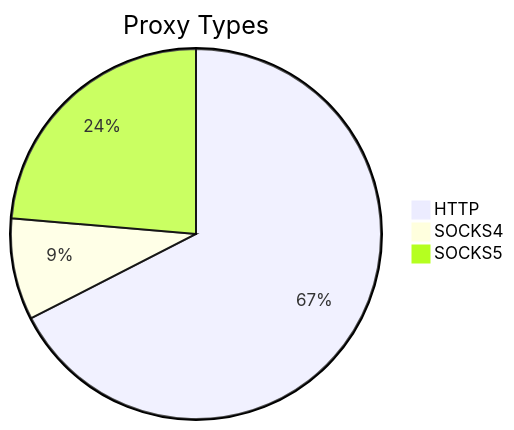
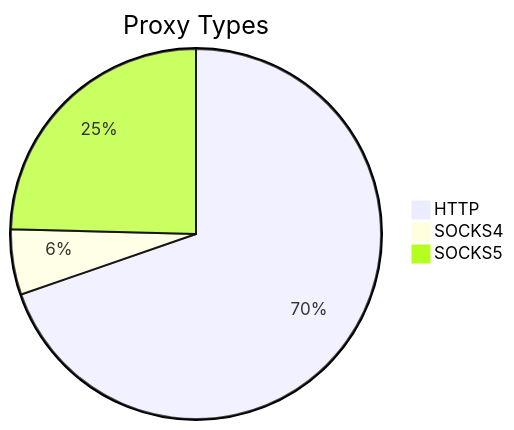
One commit to stormsia/proxy-list changed the first of 2 diagrams in README.md. Above: the diagram before and after it, drawn with Mermaid. The commit also changed other lines of this file, not shown here.

````diff
--- a/README.md
+++ b/README.md
@@ -21,6 +21,6 @@
 ```mermaid
 pie title Proxy Types
-    "HTTP" : 745
-    "SOCKS4" : 98
-    "SOCKS5" : 261
+    "HTTP" : 635
+    "SOCKS4" : 52
+    "SOCKS5" : 224
 ```
````
